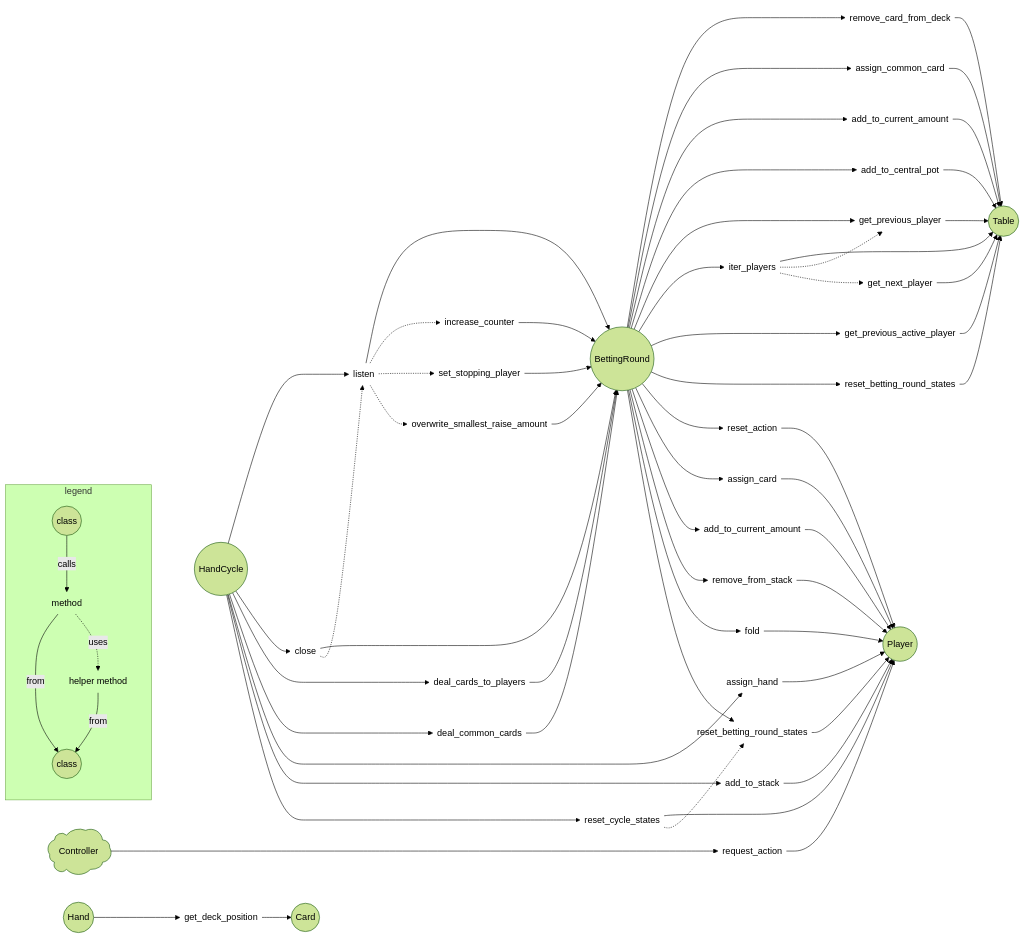
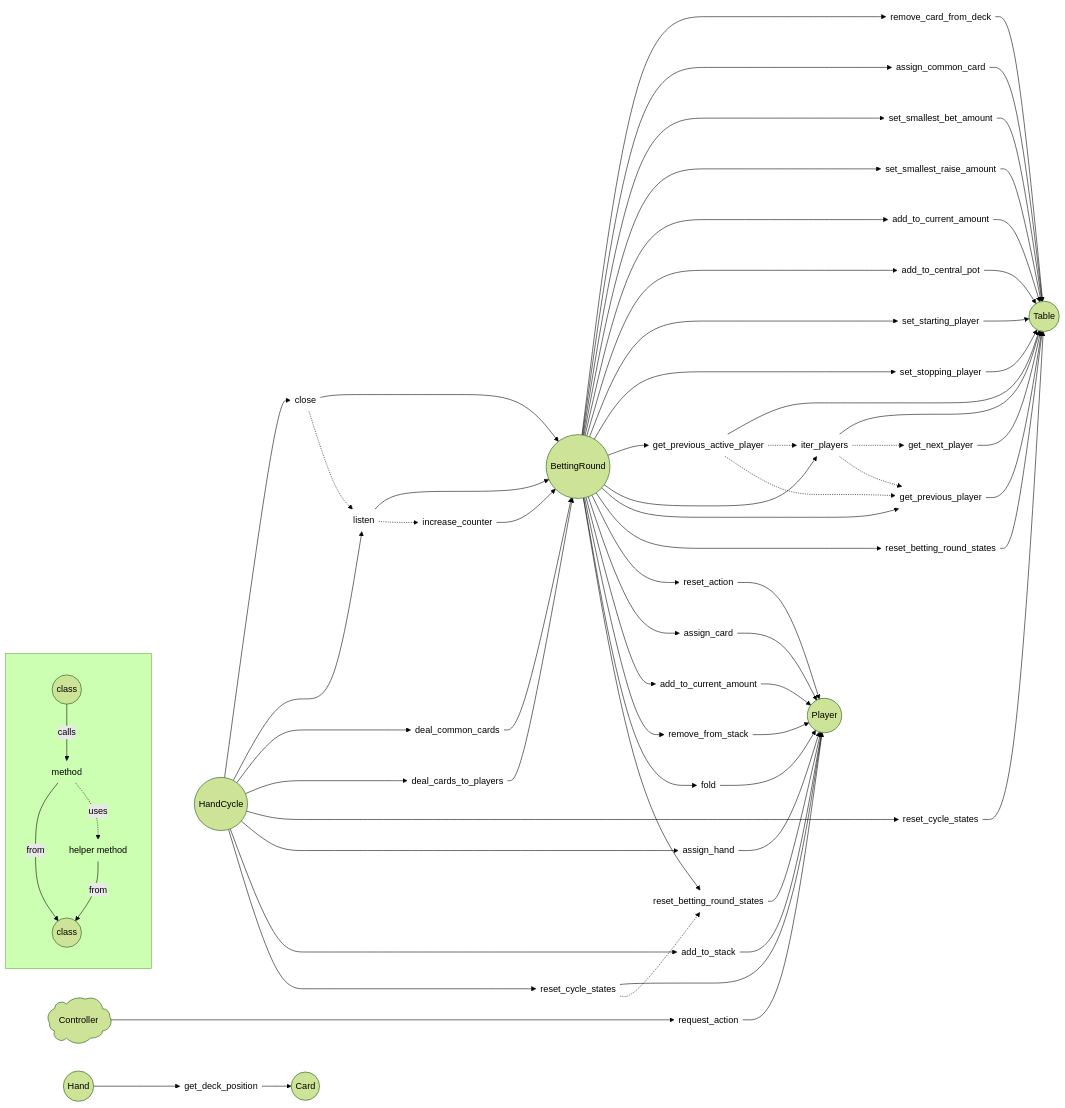
One commit to jorsaland/pokerpy changed the diagram in MODEL.md. Above: the diagram before and after it, drawn with Mermaid (forest theme).

````diff
--- a/MODEL.md
+++ b/MODEL.md
@@ -3,7 +3,7 @@
 
     %% Legend
 
-    subgraph legend
+    subgraph " "
         i1(class)@{ shape: circle }
         i2(class)@{ shape: circle }
         m1(method)@{ shape: text }
@@ -24,32 +24,35 @@
     BR.listen(listen)@{ shape: text }
     BR.close(close)@{ shape: text }
     BR.increase_counter(increase_counter)@{ shape: text }
-    BR.set_stopping_player(set_stopping_player)@{ shape: text }
-    BR.overwrite_smallest_raise_amount(overwrite_smallest_raise_amount)@{ shape: text }
     BR.deal_cards_to_players(deal_cards_to_players)@{ shape: text }
     BR.deal_common_cards(deal_common_cards)@{ shape: text }
 
     T(Table)@{ shape: circle }
     T.remove_card_from_deck(remove_card_from_deck)@{ shape: text }
     T.assign_common_card(assign_common_card)@{ shape: text }
+    T.set_smallest_bet_amount(set_smallest_bet_amount)@{ shape: text }
+    T.set_smallest_raise_amount(set_smallest_raise_amount)@{ shape: text }
     T.add_to_current_amount(add_to_current_amount)@{ shape: text }
     T.add_to_central_pot(add_to_central_pot)@{ shape: text }
+    T.set_starting_player(set_starting_player)@{ shape: text }
+    T.set_stopping_player(set_stopping_player)@{ shape: text }
     T.get_previous_player(get_previous_player)@{ shape: text }
     T.get_next_player(get_next_player)@{ shape: text }
     T.iter_players(iter_players)@{ shape: text }
     T.get_previous_active_player(get_previous_active_player)@{ shape: text }
     T.reset_betting_round_states(reset_betting_round_states)@{ shape: text }
+    T.reset_cycle_states(reset_cycle_states)@{ shape: text }
 
     P(Player)@{ shape: circle }
     P.request_action(request_action)@{ shape: text }
     P.reset_action(reset_action)@{ shape: text }
     P.assign_card(assign_card)@{ shape: text }
+    P.assign_hand(assign_hand)@{ shape: text }
     P.add_to_current_amount(add_to_current_amount)@{ shape: text }
+    P.add_to_stack(add_to_stack)@{ shape: text }
     P.remove_from_stack(remove_from_stack)@{ shape: text }
     P.fold(fold)@{ shape: text }
     P.reset_betting_round_states(reset_betting_round_states)@{ shape: text }
-    P.assign_hand(assign_hand)@{ shape: text }
-    P.add_to_stack(add_to_stack)@{ shape: text }
     P.reset_cycle_states(reset_cycle_states)@{ shape: text }
 
     H(Hand)@{ shape: circle }
@@ -57,35 +60,67 @@
     Cd(Card)@{ shape: circle }
     Cd.get_deck_position(get_deck_position)@{ shape: text }
 
-    %% Class-method relations
+    %% HandCycle to BettingRound relations
 
-    BR.listen --> BR
-    BR.close --> BR
-    BR.increase_counter --> BR
-    BR.set_stopping_player --> BR
-    BR.overwrite_smallest_raise_amount --> BR
-    BR.deal_cards_to_players --> BR
-    BR.deal_common_cards --> BR
 
-    T.remove_card_from_deck --> T
-    T.assign_common_card --> T
-    T.add_to_current_amount --> T
-    T.add_to_central_pot --> T
-    T.get_previous_player --> T
-    T.get_next_player --> T
-    T.iter_players --> T
-    T.get_previous_active_player --> T
-    T.reset_betting_round_states --> T
+    HC --> BR.close -->  BR
+
+
+    HC --> BR.listen
+    BR.close -.-> BR.listen
+        BR.listen --> BR
+        BR.listen -.-> BR.increase_counter --> BR
+
+    HC --> BR.deal_common_cards -->  BR
+
+
+    HC --> BR.deal_cards_to_players -->  BR
+
+
+        BR --> T.remove_card_from_deck --> T
+
+        BR --> T.assign_common_card --> T
+
+        BR --> T.set_smallest_bet_amount --> T
+
+        BR --> T.set_smallest_raise_amount --> T
+
+        BR --> T.add_to_current_amount --> T
+
+        BR --> T.add_to_central_pot --> T
+
+        BR --> T.set_starting_player --> T
+
+        BR --> T.set_stopping_player --> T
+
+        BR --> T.get_previous_active_player --> T
+
+        BR --> T.iter_players
+        T.get_previous_active_player -.-> T.iter_players
+            T.iter_players --> T
+            T.iter_players -.-> T.get_next_player --> T
+
+        BR --> T.get_previous_player
+        T.get_previous_active_player -.-> T.get_previous_player
+        T.iter_players -.-> T.get_previous_player
+            T.get_previous_player --> T
+
+        BR --> T.reset_betting_round_states --> T
+
+
+
+
+    T.reset_cycle_states --> T
 
     P.request_action --> P
     P.reset_action --> P
     P.assign_card --> P
+    P.assign_hand --> P
     P.add_to_current_amount --> P
+    P.add_to_stack --> P
     P.remove_from_stack --> P
     P.fold --> P
     P.reset_betting_round_states --> P
-    P.assign_hand --> P
-    P.add_to_stack --> P
     P.reset_cycle_states --> P
 
     Cd.get_deck_position --> Cd
@@ -94,23 +129,17 @@
 
     C -------> P.request_action
 
-    HC --> BR.listen
-    HC --> BR.close
-    HC --> BR.deal_cards_to_players
-    HC --> BR.deal_common_cards
+    HC --> T.reset_cycle_states
 
     HC --> P.assign_hand
     HC --> P.add_to_stack
     HC --> P.reset_cycle_states
 
-    BR --> T.remove_card_from_deck
-    BR --> T.assign_common_card
-    BR --> T.add_to_current_amount
-    BR --> T.add_to_central_pot
-    BR --> T.get_previous_player
-    BR --> T.iter_players
-    BR --> T.get_previous_active_player
-    BR --> T.reset_betting_round_states
+
+
+
+
+
 
     BR --> P.reset_action
     BR --> P.assign_card
@@ -125,11 +154,12 @@
 
     P.reset_cycle_states -.-> P.reset_betting_round_states
 
-    T.iter_players -.-> T.get_previous_player
-    T.iter_players -.-> T.get_next_player
 
-    BR.close  -.-> BR.listen
-    BR.listen -.-> BR.increase_counter
-    BR.listen -.-> BR.set_stopping_player
-    BR.listen -.-> BR.overwrite_smallest_raise_amount
+
+
+    %%T.reset_betting_round_states -.-> T.get_previous_player
+
+
+
+
 ```
````
